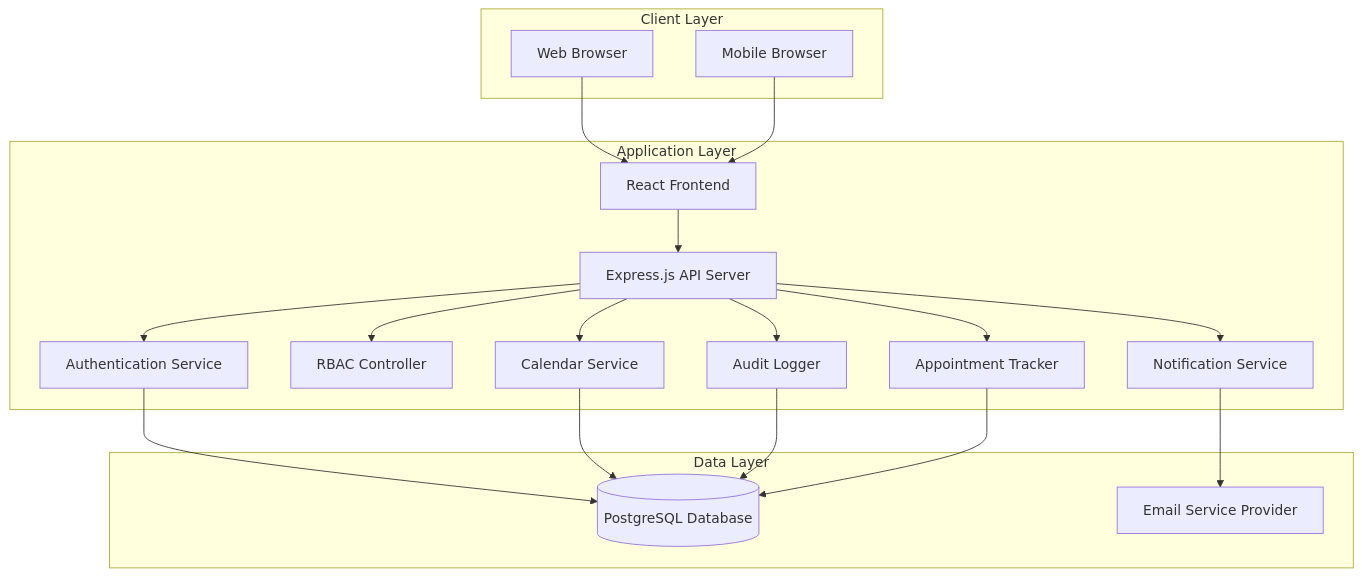
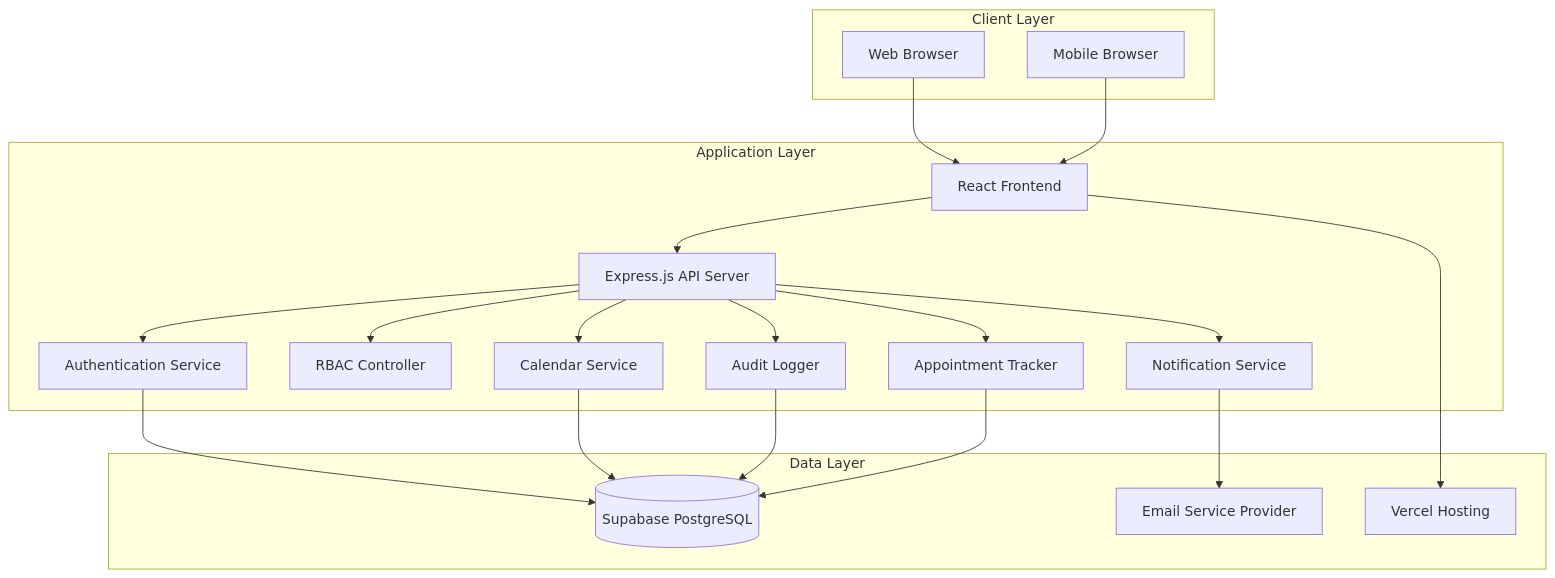
Before and after one commit to gov-appt-system/gov-appt-system: the diagram in .kiro/specs/appointment-booking-system/design.md, drawn with Mermaid. The commit also changed other lines of this file and 1 other file, not shown here.

Commit message:
Re-configured design, tasks.md, as well as README to for easier hosting of Database Postgresql and Global CDN

````diff
--- a/.kiro/specs/appointment-booking-system/design.md
+++ b/.kiro/specs/appointment-booking-system/design.md
@@ -13,38 +13,40 @@
 ```mermaid
 graph TB
     subgraph "Client Layer"
         WEB[Web Browser]
         MOBILE[Mobile Browser]
     end
     
     subgraph "Application Layer"
         REACT[React Frontend]
         API[Express.js API Server]
         AUTH[Authentication Service]
         RBAC[RBAC Controller]
         CALENDAR[Calendar Service]
         NOTIFY[Notification Service]
         AUDIT[Audit Logger]
         TRACKER[Appointment Tracker]
     end
     
     subgraph "Data Layer"
-        DB[(PostgreSQL Database)]
+        SUPABASE[(Supabase PostgreSQL)]
         EMAIL[Email Service Provider]
+        VERCEL[Vercel Hosting]
     end
     
     WEB --> REACT
     MOBILE --> REACT
     REACT --> API
     API --> AUTH
     API --> RBAC
     API --> CALENDAR
     API --> NOTIFY
     API --> AUDIT
     API --> TRACKER
-    AUTH --> DB
-    CALENDAR --> DB
+    AUTH --> SUPABASE
+    CALENDAR --> SUPABASE
     NOTIFY --> EMAIL
-    AUDIT --> DB
-    TRACKER --> DB
+    AUDIT --> SUPABASE
+    TRACKER --> SUPABASE
+    REACT --> VERCEL
 ```
````
